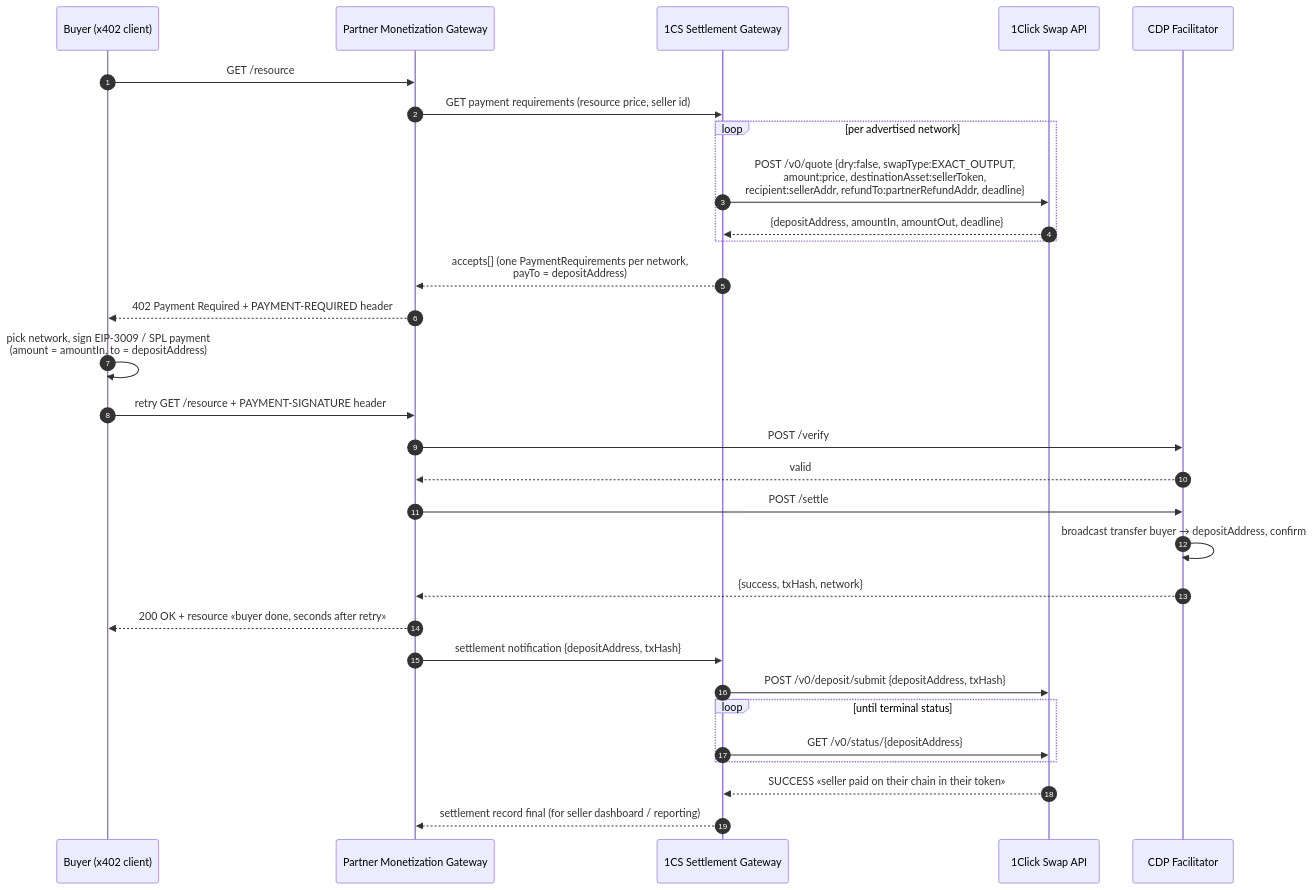
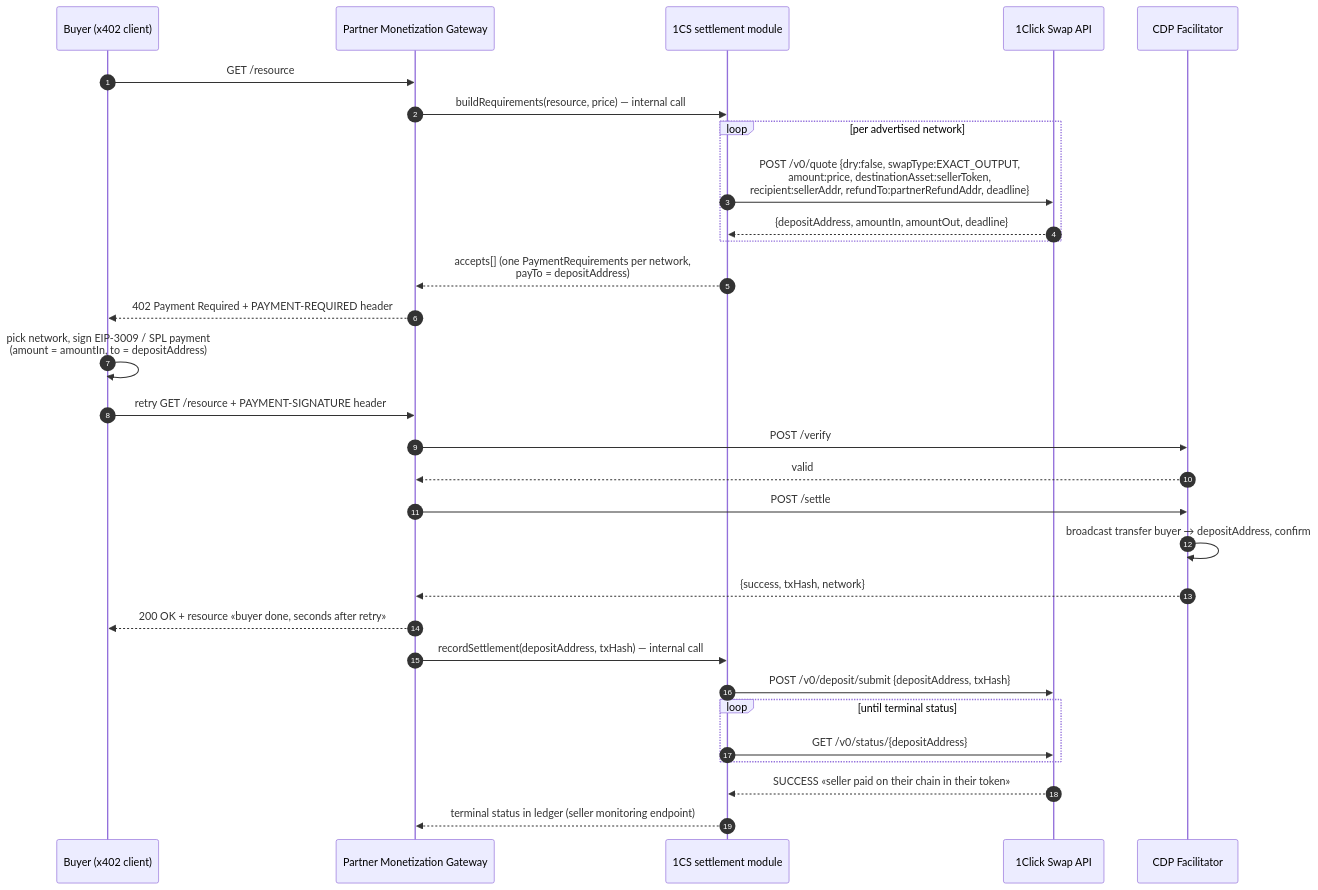
The second of 2 diagrams in CF_demo_desing.md (IkerAlus/x402_CF_gateway), drawn with Mermaid before and after one commit. The commit also changed other lines of this file, not shown here.

````diff
--- a/CF_demo_desing.md
+++ b/CF_demo_desing.md
@@ -75,33 +71,33 @@
 ```mermaid
 sequenceDiagram
     autonumber
     participant B as Buyer (x402 client)
     participant MG as Partner Monetization Gateway
-    participant GW as 1CS Settlement Gateway
+    participant GW as 1CS settlement module
     participant OC as 1Click Swap API
     participant F as CDP Facilitator
 
     B->>MG: GET /resource
-    MG->>GW: GET payment requirements (resource price, seller id)
+    MG->>GW: buildRequirements(resource, price) — internal call
     loop per advertised network
         GW->>OC: POST /v0/quote {dry:false, swapType:EXACT_OUTPUT,<br/>amount:price, destinationAsset:sellerToken,<br/>recipient:sellerAddr, refundTo:partnerRefundAddr, deadline}
         OC-->>GW: {depositAddress, amountIn, amountOut, deadline}
     end
     GW-->>MG: accepts[] (one PaymentRequirements per network,<br/>payTo = depositAddress)
     MG-->>B: 402 Payment Required + PAYMENT-REQUIRED header
     B->>B: pick network, sign EIP-3009 / SPL payment<br/>(amount = amountIn, to = depositAddress)
     B->>MG: retry GET /resource + PAYMENT-SIGNATURE header
     MG->>F: POST /verify
     F-->>MG: valid
     MG->>F: POST /settle
     F->>F: broadcast transfer buyer → depositAddress, confirm
     F-->>MG: {success, txHash, network}
     MG-->>B: 200 OK + resource  «buyer done, seconds after retry»
-    MG->>GW: settlement notification {depositAddress, txHash}
+    MG->>GW: recordSettlement(depositAddress, txHash) — internal call
     GW->>OC: POST /v0/deposit/submit {depositAddress, txHash}
     loop until terminal status
         GW->>OC: GET /v0/status/{depositAddress}
     end
     OC-->>GW: SUCCESS «seller paid on their chain in their token»
-    GW-->>MG: settlement record final (for seller dashboard / reporting)
+    GW-->>MG: terminal status in ledger (seller monitoring endpoint)
 ```
````
